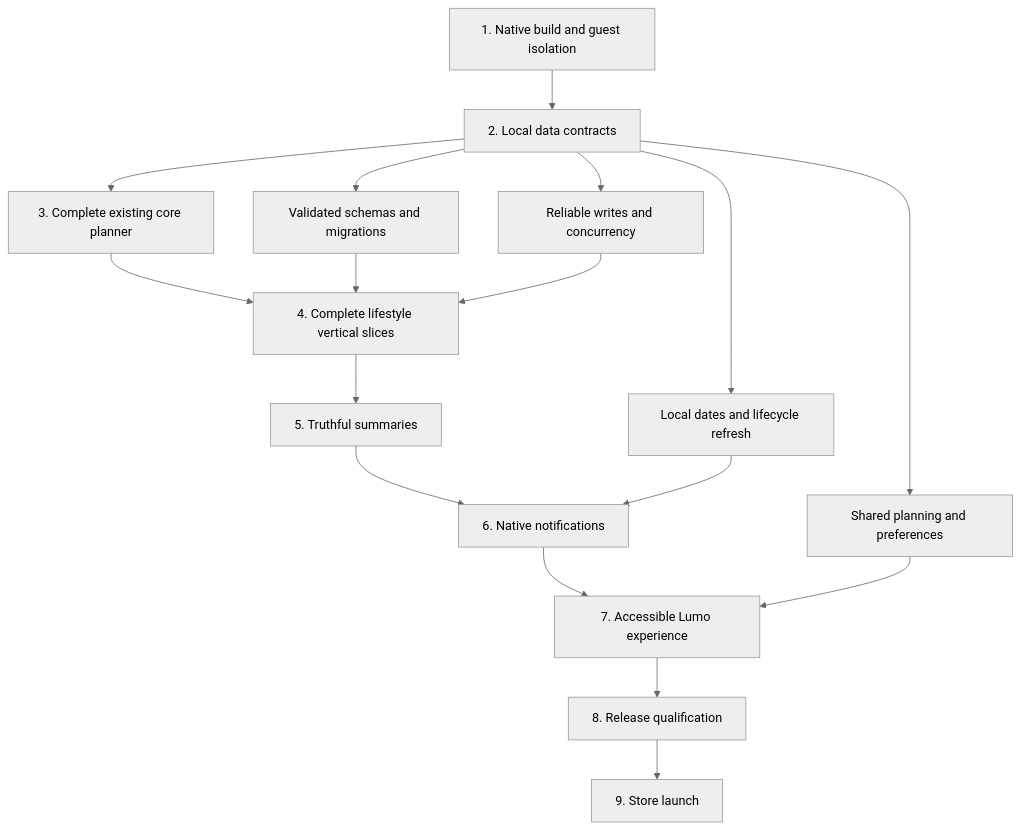
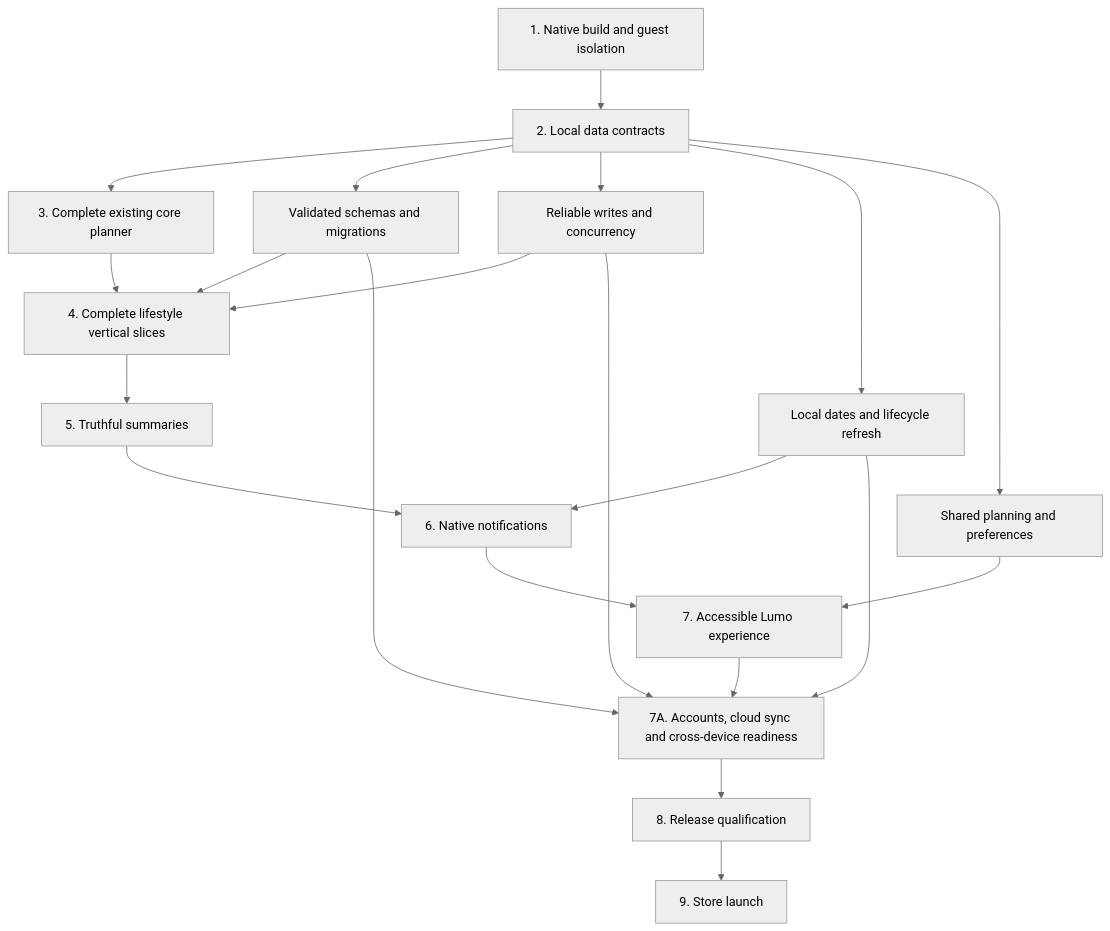
One commit to EchoinInk/lumo changed the diagram in docs/lumo-launch-master-implementation-plan.md. Above: the diagram before and after it, drawn with Mermaid (neutral theme). The commit also changed other lines of this file, not shown here.

Commit message:
docs: amend Lumo roadmap for cloud-connected launch

````diff
--- a/docs/lumo-launch-master-implementation-plan.md
+++ b/docs/lumo-launch-master-implementation-plan.md
@@ -59,21 +73,25 @@
 ```mermaid
 flowchart TD
-A["1. Native build and guest isolation"] --> B["2. Local data contracts"]
-B --> C["3. Complete existing core planner"]
-C --> D["4. Complete lifestyle vertical slices"]
-D --> E["5. Truthful summaries"]
-E --> F["6. Native notifications"]
-F --> G["7. Accessible Lumo experience"]
-G --> H["8. Release qualification"]
-H --> I["9. Store launch"]
+    A["1. Native build and guest isolation"] --> B["2. Local data contracts"]
+    B --> C["3. Complete existing core planner"]
+    C --> D["4. Complete lifestyle vertical slices"]
+    D --> E["5. Truthful summaries"]
+    E --> F["6. Native notifications"]
+    F --> G["7. Accessible Lumo experience"]
+    G --> GC["7A. Accounts, cloud sync and cross-device readiness"]
+    GC --> H["8. Release qualification"]
+    H --> I["9. Store launch"]
 
-B --> J["Validated schemas and migrations"]
-B --> K["Reliable writes and concurrency"]
-B --> L["Local dates and lifecycle refresh"]
-B --> M["Shared planning and preferences"]
+    B --> J["Validated schemas and migrations"]
+    B --> K["Reliable writes and concurrency"]
+    B --> L["Local dates and lifecycle refresh"]
+    B --> M["Shared planning and preferences"]
 
-J --> D
-K --> D
-L --> F
-M --> G
+    J --> D
+    K --> D
+    L --> F
+    M --> G
+    J --> GC
+    K --> GC
+    L --> GC
 ```
````
